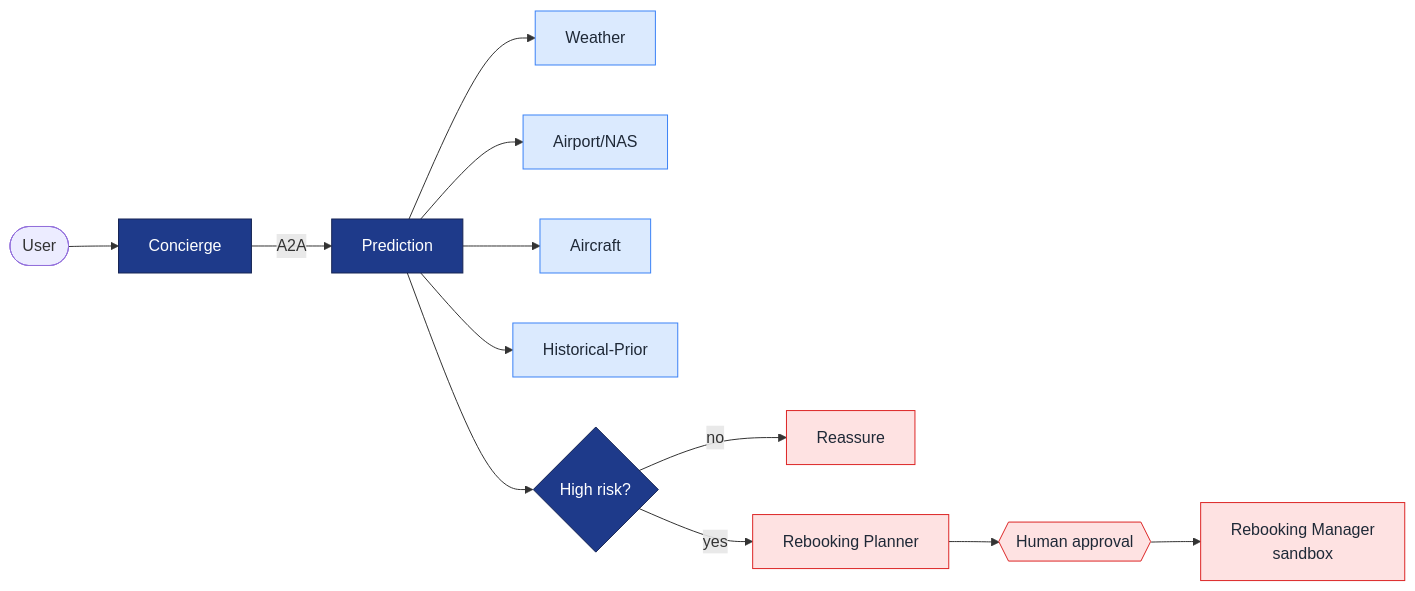
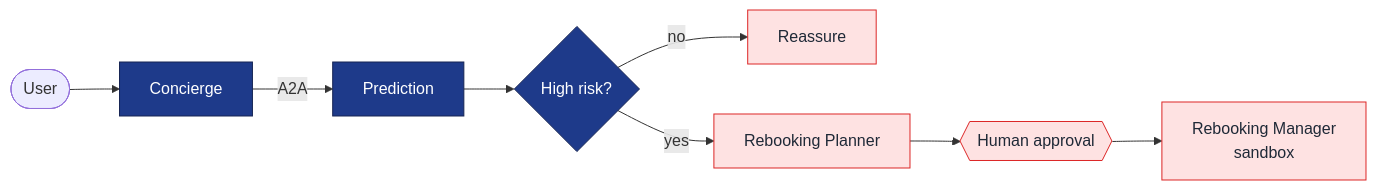
Before and after one commit to sonijigar/kaggle-capstone-ai-agents: the diagram in README.md, drawn with Mermaid. The commit also changed other lines of this file and 1 other file, not shown here.

Commit message:
docs: split architecture into system overview + prediction internals
§2.1 system overview treats Prediction as a black box; §2.2 details the four
specialist agents and their MCP data sources. README diagram now abstract too.

````diff
--- a/README.md
+++ b/README.md
@@ -20,18 +20,15 @@
 ```mermaid
 flowchart LR
     U([User]) --> C[Concierge]
     C -->|A2A| P[Prediction]
-    P --> W[Weather] & N[Airport/NAS] & A[Aircraft] & H[Historical-Prior]
     P --> D{High risk?}
     D -->|no| RE[Reassure]
     D -->|yes| PL[Rebooking Planner]
     PL --> G{{Human approval}}
     G --> M[Rebooking Manager<br/>sandbox]
 
     classDef orch fill:#1e3a8a,stroke:#172554,color:#ffffff;
-    classDef agent fill:#dbeafe,stroke:#3b82f6,color:#1f2937;
     classDef action fill:#fee2e2,stroke:#dc2626,color:#1f2937;
     class C,P,D orch;
-    class W,N,A,H agent;
     class RE,PL,G,M action;
 ```
````
